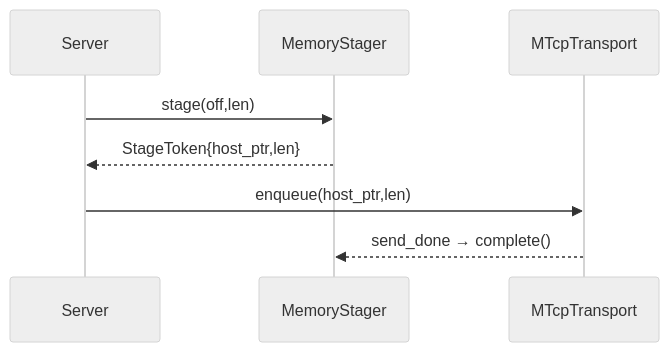
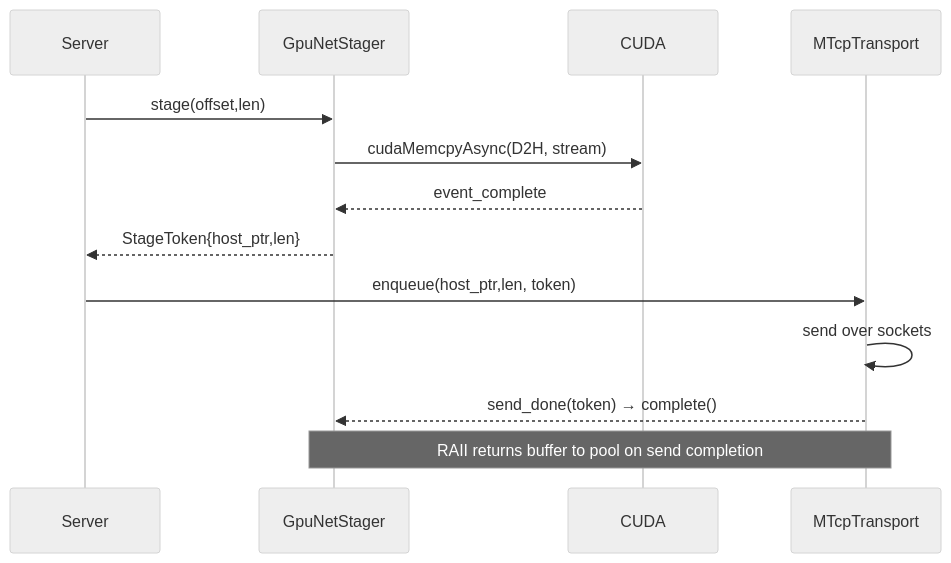
One commit to tensorcast-ai/tensorcast changed the sixth of 6 diagrams in rfcs/0009-unified-memory-stager-and-staged-p2p.md. Above: the diagram before and after it, drawn with Mermaid (neutral theme). The commit also changed other lines of this file, not shown here.

````diff
--- a/rfcs/0009-unified-memory-stager-and-staged-p2p.md
+++ b/rfcs/0009-unified-memory-stager-and-staged-p2p.md
@@ -297,11 +308,16 @@
 ```mermaid
 sequenceDiagram
   participant Sv as Server
-  participant ST as MemoryStager
+  participant ST as GpuNetStager
+  participant CU as CUDA
   participant MTCP as MTcpTransport
 
-  Sv->>ST: stage(off,len)
+  Sv->>ST: stage(offset,len)
+  ST->>CU: cudaMemcpyAsync(D2H, stream)
+  CU-->>ST: event_complete
   ST-->>Sv: StageToken{host_ptr,len}
-  Sv->>MTCP: enqueue(host_ptr,len)
-  MTCP-->>ST: send_done → complete()
+  Sv->>MTCP: enqueue(host_ptr,len, token)
+  MTCP->>MTCP: send over sockets
+  MTCP-->>ST: send_done(token) → complete()
+  Note over ST,MTCP: RAII returns buffer to pool on send completion
 ```
````
